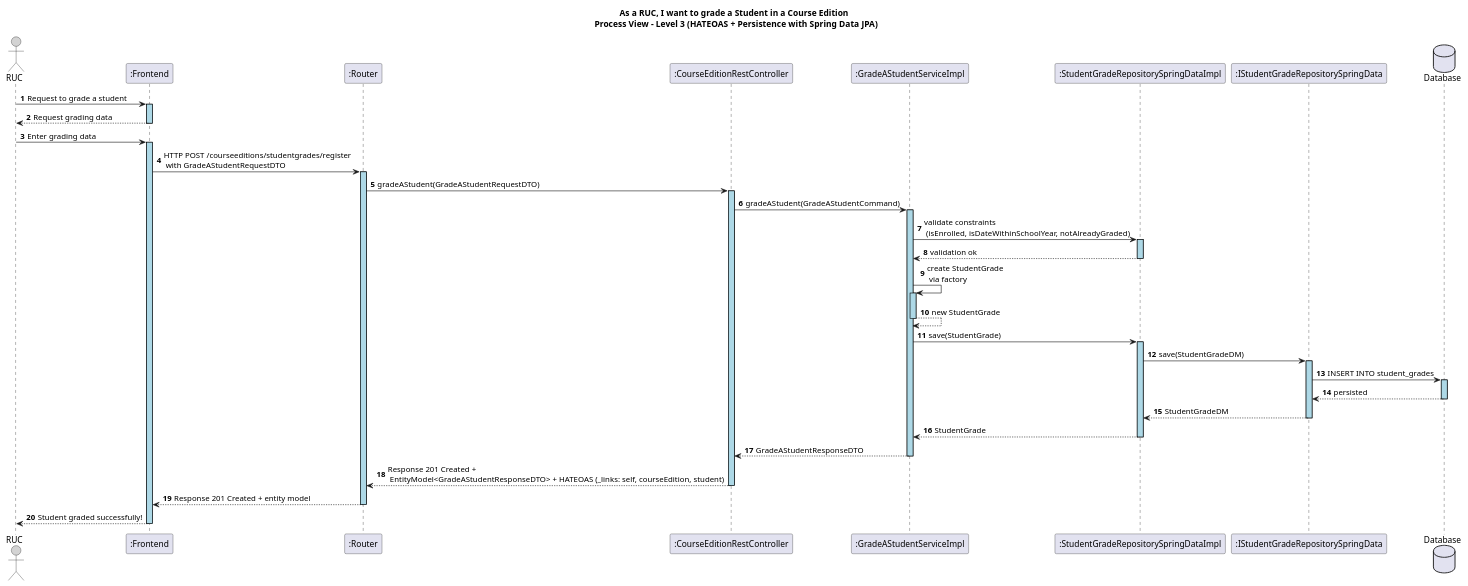
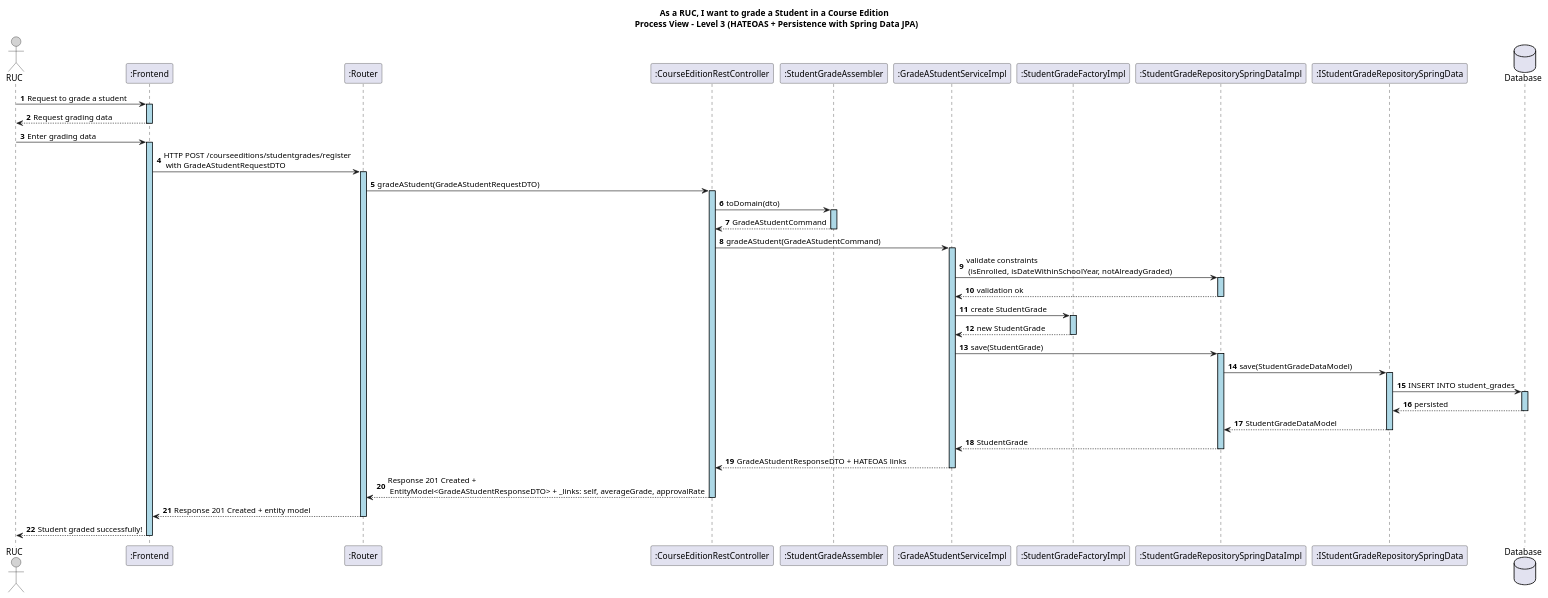
Before and after one commit to GasparISEP/DevOps-PAI: the diagram in docs/US22/Sprint7/ProcessView/Level3.puml, drawn with PlantUML.

Commit message:
Update ProcessView Level 3 diagram for HATEOAS flow (Issue #685)

```diff
--- a/docs/US22/Sprint7/ProcessView/Level3.puml
+++ b/docs/US22/Sprint7/ProcessView/Level3.puml
@@ -1,50 +1,56 @@
 @startuml
 autonumber
 
 skinparam sequence {
     LifelineBorderColor black
     LifelineBackgroundColor LightBlue
     ActorBorderColor black
     ActorBackgroundColor LightGray
 }
 
 title As a RUC, I want to grade a Student in a Course Edition \n Process View – Level 3 (HATEOAS + Persistence with Spring Data JPA)
 
 actor "RUC" as RUC
 participant ":Frontend" as FE
 participant ":Router" as Router
 participant ":CourseEditionRestController" as Controller
+participant ":StudentGradeAssembler" as Assembler
 participant ":GradeAStudentServiceImpl" as Service
+participant ":StudentGradeFactoryImpl" as Factory
 participant ":StudentGradeRepositorySpringDataImpl" as RepositoryAdapter
 participant ":IStudentGradeRepositorySpringData" as SpringDataRepo
 database "Database" as DB
 
 RUC -> FE ++ : Request to grade a student
 FE --> RUC -- : Request grading data
 RUC -> FE ++ : Enter grading data
 
 FE -> Router ++ : HTTP POST /courseeditions/studentgrades/register \n with GradeAStudentRequestDTO
 Router -> Controller ++ : gradeAStudent(GradeAStudentRequestDTO)
 
+Controller -> Assembler ++ : toDomain(dto)
+Assembler --> Controller -- : GradeAStudentCommand
+
 Controller -> Service ++ : gradeAStudent(GradeAStudentCommand)
 
 Service -> RepositoryAdapter ++ : validate constraints \n (isEnrolled, isDateWithinSchoolYear, notAlreadyGraded)
 RepositoryAdapter --> Service -- : validation ok
 
-Service -> Service ++ : create StudentGrade \n via factory
-Service --> Service -- : new StudentGrade
+Service -> Factory ++ : create StudentGrade
+Factory --> Service -- : new StudentGrade
 
 Service -> RepositoryAdapter ++ : save(StudentGrade)
-RepositoryAdapter -> SpringDataRepo ++ : save(StudentGradeDM)
+
+RepositoryAdapter -> SpringDataRepo ++ : save(StudentGradeDataModel)
 SpringDataRepo -> DB ++ : INSERT INTO student_grades
 DB --> SpringDataRepo -- : persisted
-SpringDataRepo --> RepositoryAdapter -- : StudentGradeDM
+SpringDataRepo --> RepositoryAdapter -- : StudentGradeDataModel
 RepositoryAdapter --> Service -- : StudentGrade
 
-Service --> Controller -- : GradeAStudentResponseDTO
+Service --> Controller -- : GradeAStudentResponseDTO + HATEOAS links
 
-Controller --> Router -- : Response 201 Created + \n EntityModel<GradeAStudentResponseDTO> + HATEOAS (_links: self, courseEdition, student)
+Controller --> Router -- : Response 201 Created + \n EntityModel<GradeAStudentResponseDTO> + _links: self, averageGrade, approvalRate
 Router --> FE -- : Response 201 Created + entity model
 FE --> RUC -- : Student graded successfully!
 
 @enduml
```
